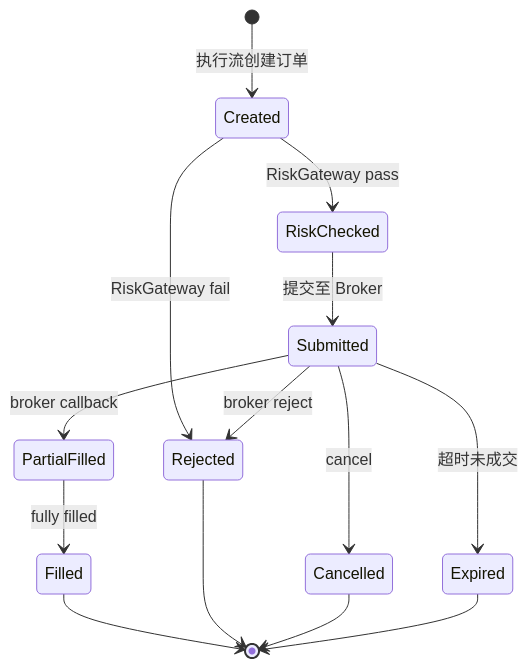
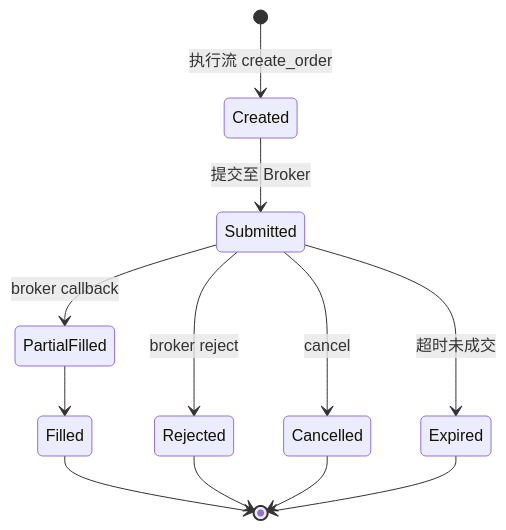
One commit to bitiany/xq-trader changed the seventh of 8 diagrams in docs/trading-system-design.md. Above: the diagram before and after it, drawn with Mermaid. The commit also changed other lines of this file and 8 other files, not shown here.

````diff
--- a/docs/trading-system-design.md
+++ b/docs/trading-system-design.md
@@ -564,16 +256,14 @@
 ```mermaid
 stateDiagram-v2
-    [*] --> Created: 执行流创建订单
-    Created --> RiskChecked: RiskGateway pass
-    Created --> Rejected: RiskGateway fail
-    RiskChecked --> Submitted: 提交至 Broker
+    [*] --> Created: 执行流 create_order
+    Created --> Submitted: 提交至 Broker
     Submitted --> PartialFilled: broker callback
-    PartialFilled --> Filled: fully filled
+    PartialFilled --> Filled
     Submitted --> Cancelled: cancel
     Submitted --> Rejected: broker reject
     Submitted --> Expired: 超时未成交
     Filled --> [*]
     Rejected --> [*]
     Cancelled --> [*]
     Expired --> [*]
 ```
````
